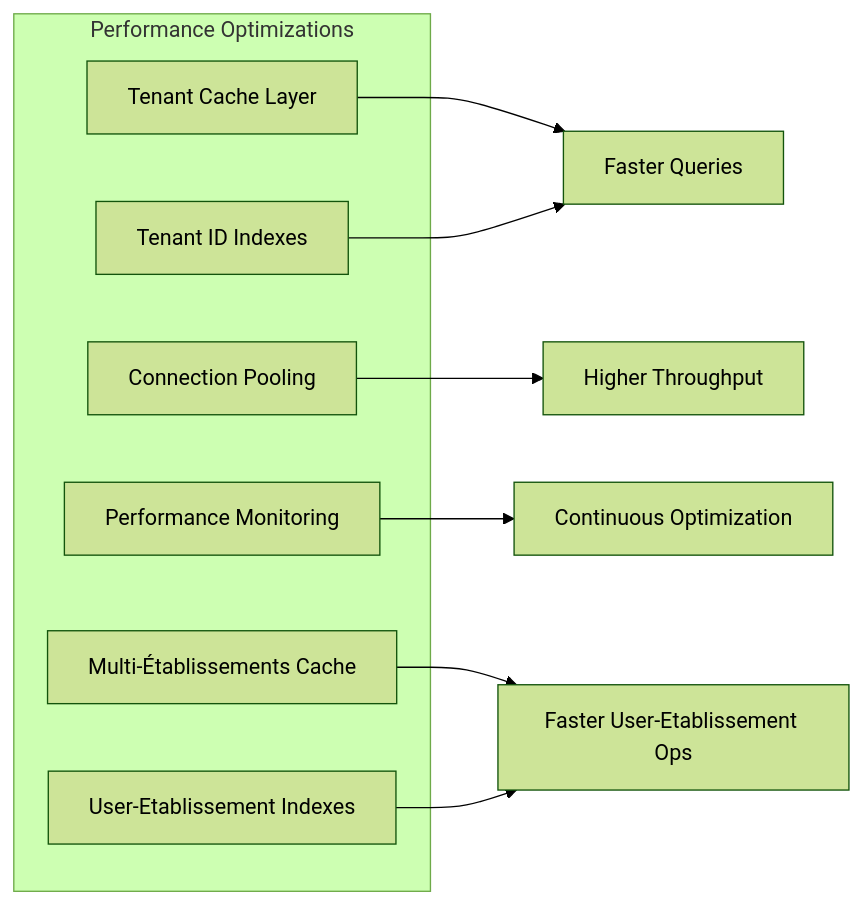
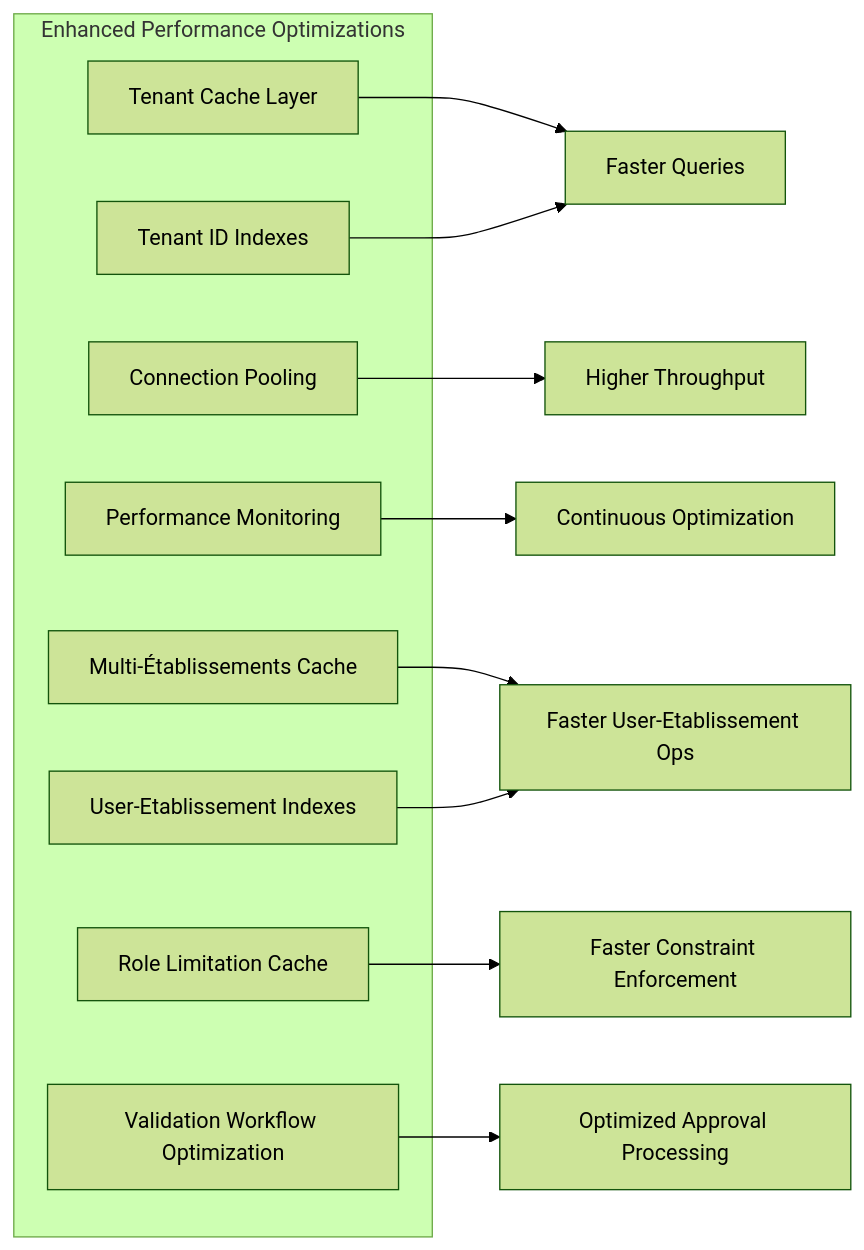
One commit to franckylab/eLISAschool changed diagram 18 of 18 in .qoder/repowiki/en/content/Modules & Features/Administrative Modules/Establishment Management.md. Above: the diagram before and after it, drawn with Mermaid (forest theme). The commit also changed other lines of this file and 67 other files, not shown here.

````diff
--- a/.qoder/repowiki/en/content/Modules & Features/Administrative Modules/Establishment Management.md
+++ b/.qoder/repowiki/en/content/Modules & Features/Administrative Modules/Establishment Management.md
@@ -753,17 +983,21 @@
 ```mermaid
 graph LR
-subgraph "Performance Optimizations"
+subgraph "Enhanced Performance Optimizations"
 Cache["Tenant Cache Layer"]
 Indexes["Tenant ID Indexes"]
 Connection["Connection Pooling"]
 Monitoring["Performance Monitoring"]
 MultiEtabCache["Multi-Établissements Cache"]
 UserEtabIndexes["User-Etablissement Indexes"]
+RoleLimitationCache["Role Limitation Cache"]
+ValidationWorkflow["Validation Workflow Optimization"]
 end
 Cache --> QuerySpeed["Faster Queries"]
 Indexes --> QuerySpeed
 Connection --> Throughput["Higher Throughput"]
 Monitoring --> Optimize["Continuous Optimization"]
 MultiEtabCache --> UserEtabOps["Faster User-Etablissement Ops"]
 UserEtabIndexes --> UserEtabOps
+RoleLimitationCache --> ConstraintEnforcement["Faster Constraint Enforcement"]
+ValidationWorkflow --> ApprovalProcessing["Optimized Approval Processing"]
 ```
````
